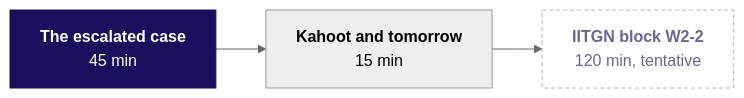
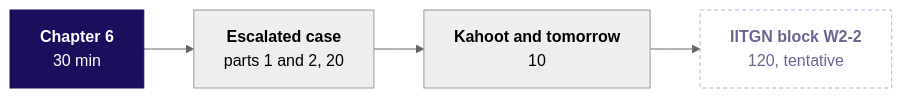
One commit to fde-academy-lab/c2-content-factory changed the second of 2 diagrams in content/W02/D2/trainer/C2_W02_D02_day_sheet_TRAINER.md. Above: the diagram before and after it, drawn with Mermaid (neutral theme). The commit also changed other lines of this file and 10 other files, not shown here.

````diff
--- a/content/W02/D2/trainer/C2_W02_D02_day_sheet_TRAINER.md
+++ b/content/W02/D2/trainer/C2_W02_D02_day_sheet_TRAINER.md
@@ -59,8 +79,8 @@
 ```mermaid
 flowchart LR
-    C["<b>The escalated case</b><br/>45 min"] --> K["<b>Kahoot and tomorrow</b><br/>15 min"] --> F["<b>IITGN block W2-2</b><br/>120 min, tentative"]
+    C6["<b>Chapter 6</b><br/>30 min"] --> E["<b>Escalated case</b><br/>parts 1 and 2, 20"] --> K["<b>Kahoot and tomorrow</b><br/>10"] --> F["<b>IITGN block W2-2</b><br/>120, tentative"]
     classDef core fill:#1A0F5C,stroke:#1A0F5C,color:#FFFFFF
     classDef unknown fill:#FFFFFF,stroke:#B8B2D6,color:#6B6690,stroke-dasharray:4 3
-    class C core
+    class C6 core
     class F unknown
 ```
````
